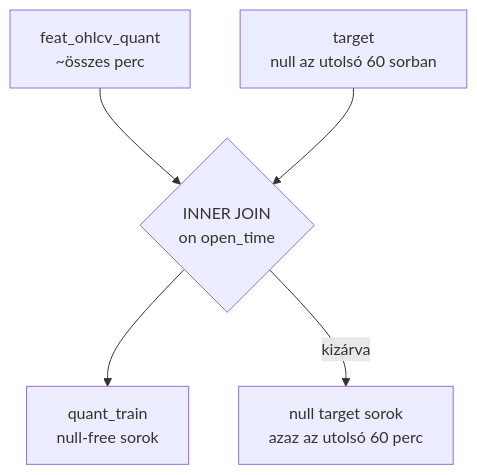
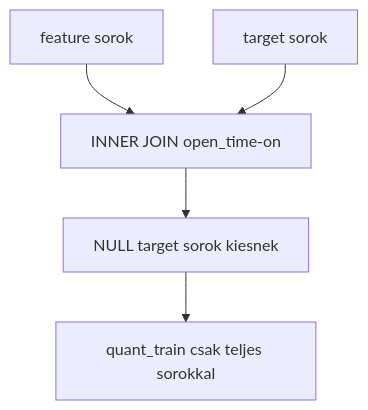
The second of 3 diagrams in _doc_/methodology_doc/4000_quant_train.md (Nemesis14/chronoquant), drawn with Mermaid before and after one commit. The commit also changed other lines of this file and 170 other files, not shown here.

````diff
--- a/_doc_/methodology_doc/4000_quant_train.md
+++ b/_doc_/methodology_doc/4000_quant_train.md
@@ -58,7 +42,11 @@
 ```mermaid
 graph TD
-  F[feat_ohlcv_quant\n~összes perc] --> J{INNER JOIN\non open_time}
-  T[target\nnull az utolsó 60 sorban] --> J
-  J --> QT[quant_train\nnull-free sorok]
-  J -->|kizárva| NL[null target sorok\nazaz az utolsó 60 perc]
+  F[feature sorok]
+  T[target sorok]
+  J[INNER JOIN open_time-on]
+  N[NULL target sorok kiesnek]
+  Q[quant_train csak teljes sorokkal]
+
+  F --> J
+  T --> J --> N --> Q
 ```
````
